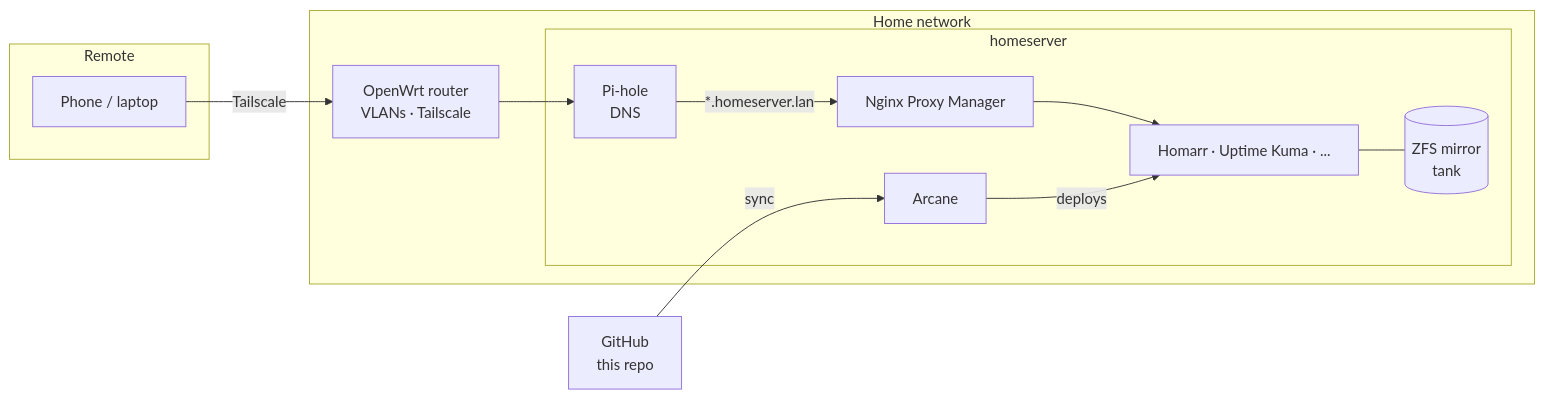
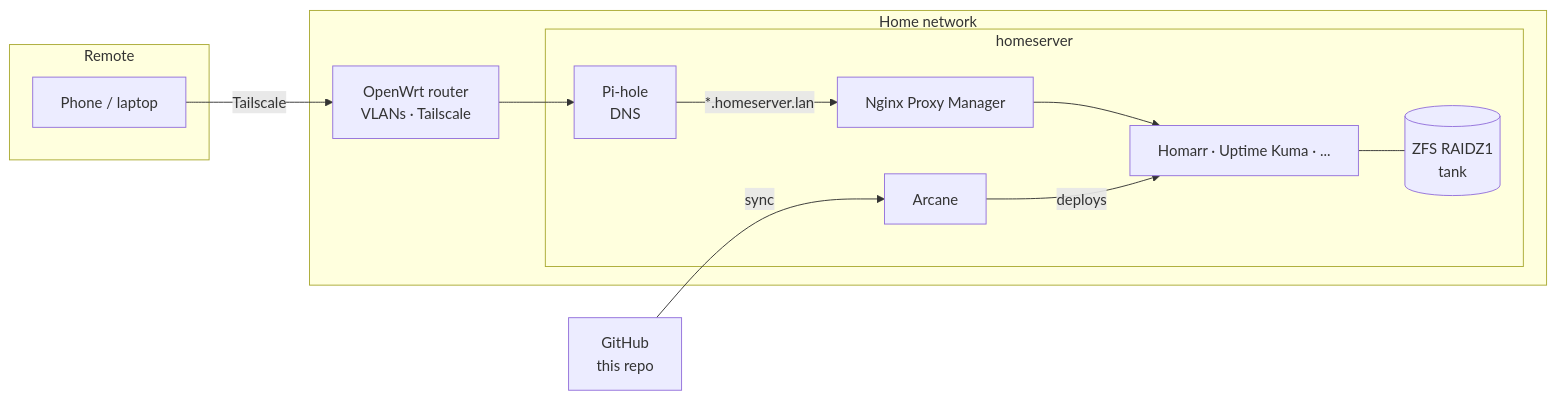
The diagram in README.md (hyungjun13/homelab), drawn with Mermaid before and after one commit. The commit also changed other lines of this file, not shown here.

First line of the commit message:
README: tank is now RAIDZ1

````diff
--- a/README.md
+++ b/README.md
@@ -30,25 +30,25 @@
 ```mermaid
 flowchart LR
     subgraph Remote
         phone[Phone / laptop]
     end
     subgraph Home network
         router[OpenWrt router<br/>VLANs · Tailscale]
         subgraph homeserver
             pihole[Pi-hole<br/>DNS]
             npm[Nginx Proxy Manager]
             apps[Homarr · Uptime Kuma · ...]
             arcane[Arcane]
-            zfs[(ZFS mirror<br/>tank)]
+            zfs[(ZFS RAIDZ1<br/>tank)]
         end
     end
     gh[GitHub<br/>this repo]
 
     phone -- Tailscale --> router
     router --> pihole
     pihole -- "*.homeserver.lan" --> npm
     npm --> apps
     gh -- sync --> arcane
     arcane -- deploys --> apps
     apps --- zfs
 ```
````
